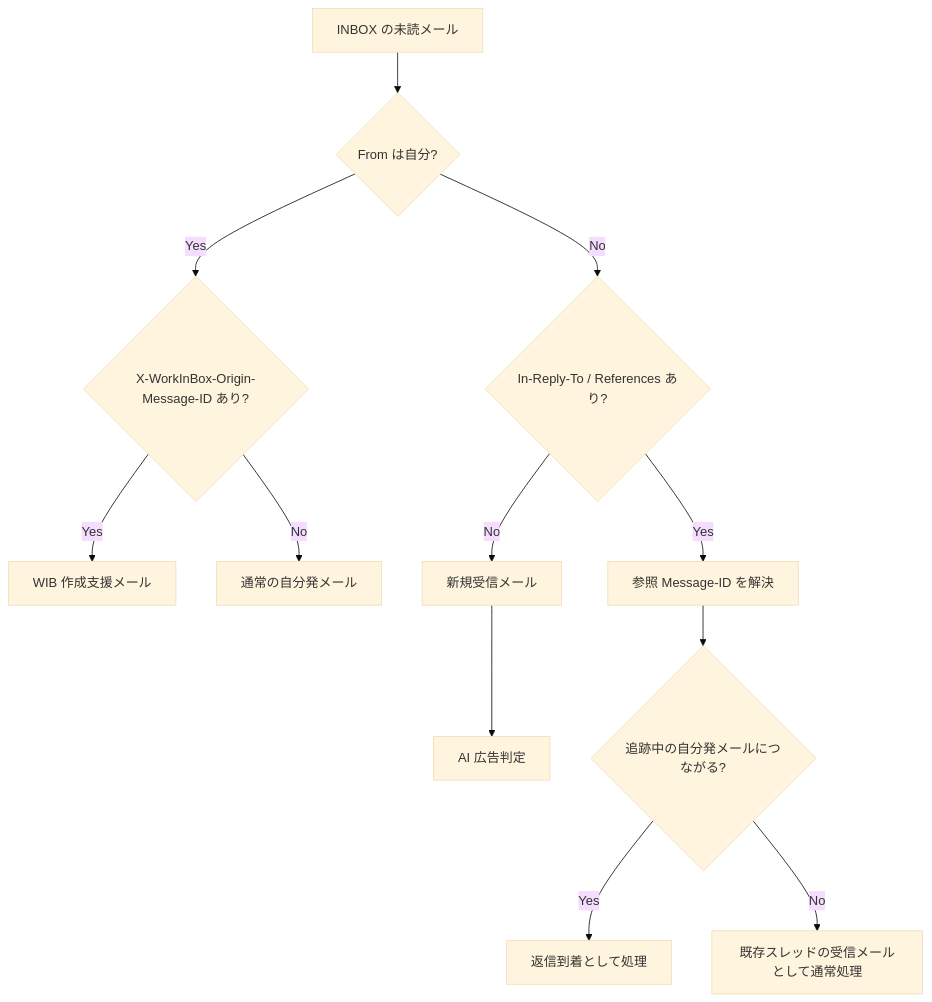
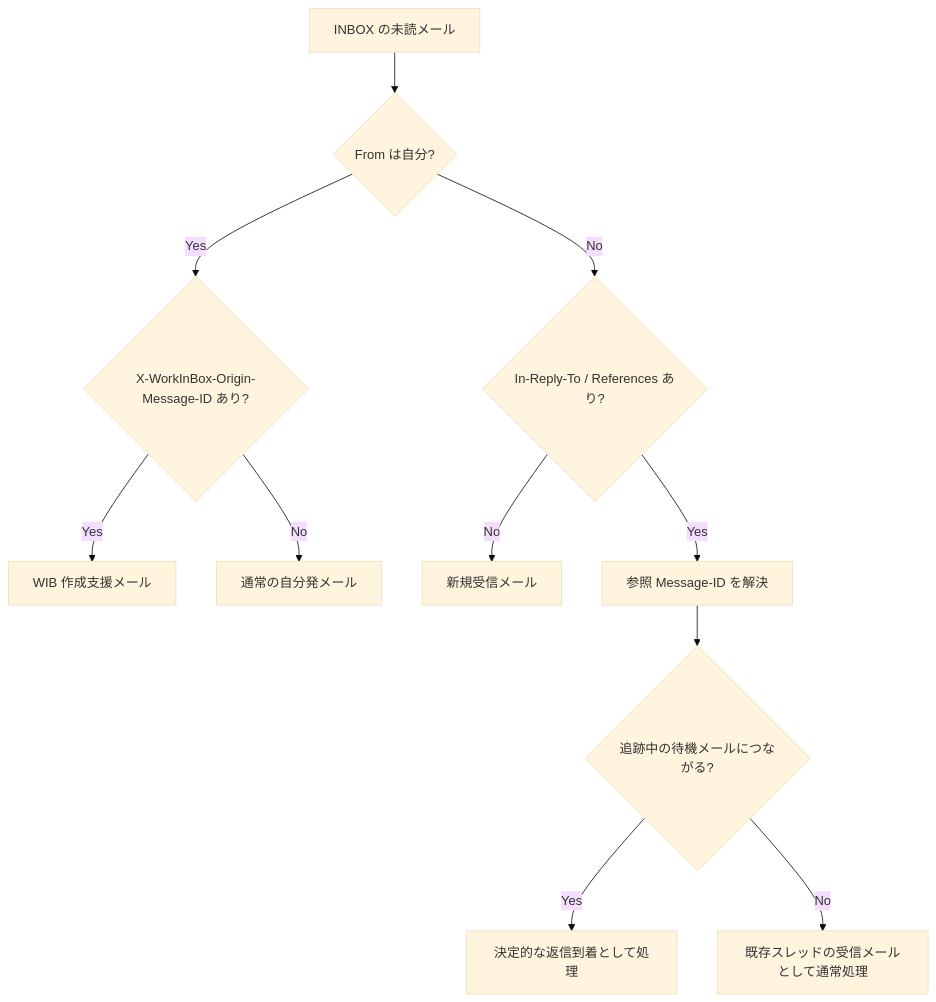
Before and after one commit to a3suger/WorkInBox: the first of 2 diagrams in docs/triagebox_decision_flow.md, drawn with Mermaid (base theme). The commit also changed other lines of this file, not shown here.

````diff
--- a/docs/triagebox_decision_flow.md
+++ b/docs/triagebox_decision_flow.md
@@ -55,14 +48,13 @@
 ```mermaid
 flowchart TD
     A[INBOX の未読メール] --> B{From は自分?}
     B -- Yes --> C{X-WorkInBox-Origin-Message-ID あり?}
     C -- Yes --> D[WIB 作成支援メール]
     C -- No --> E[通常の自分発メール]
     B -- No --> F{In-Reply-To / References あり?}
     F -- No --> G[新規受信メール]
-    G --> GA[AI 広告判定]
     F -- Yes --> H[参照 Message-ID を解決]
-    H --> I{追跡中の自分発メールにつながる?}
-    I -- Yes --> J[返信到着として処理]
+    H --> I{追跡中の待機メールにつながる?}
+    I -- Yes --> J[決定的な返信到着として処理]
     I -- No --> K[既存スレッドの受信メールとして通常処理]
 ```
````
